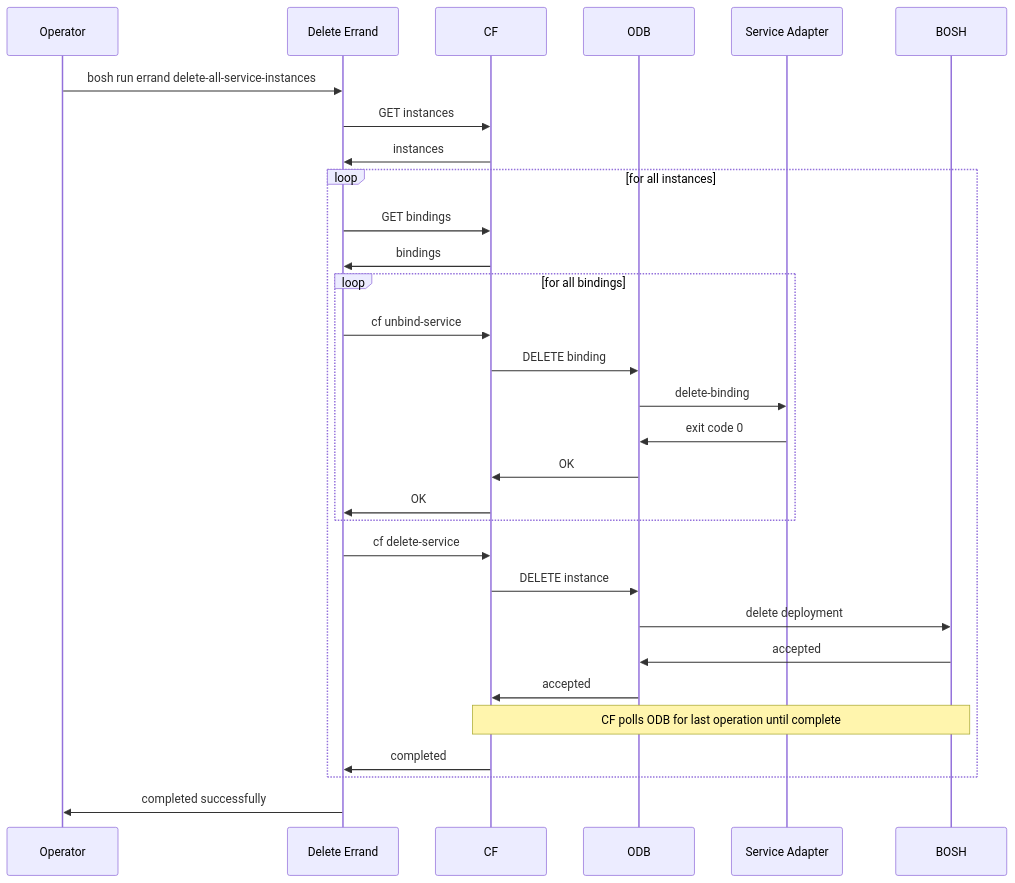
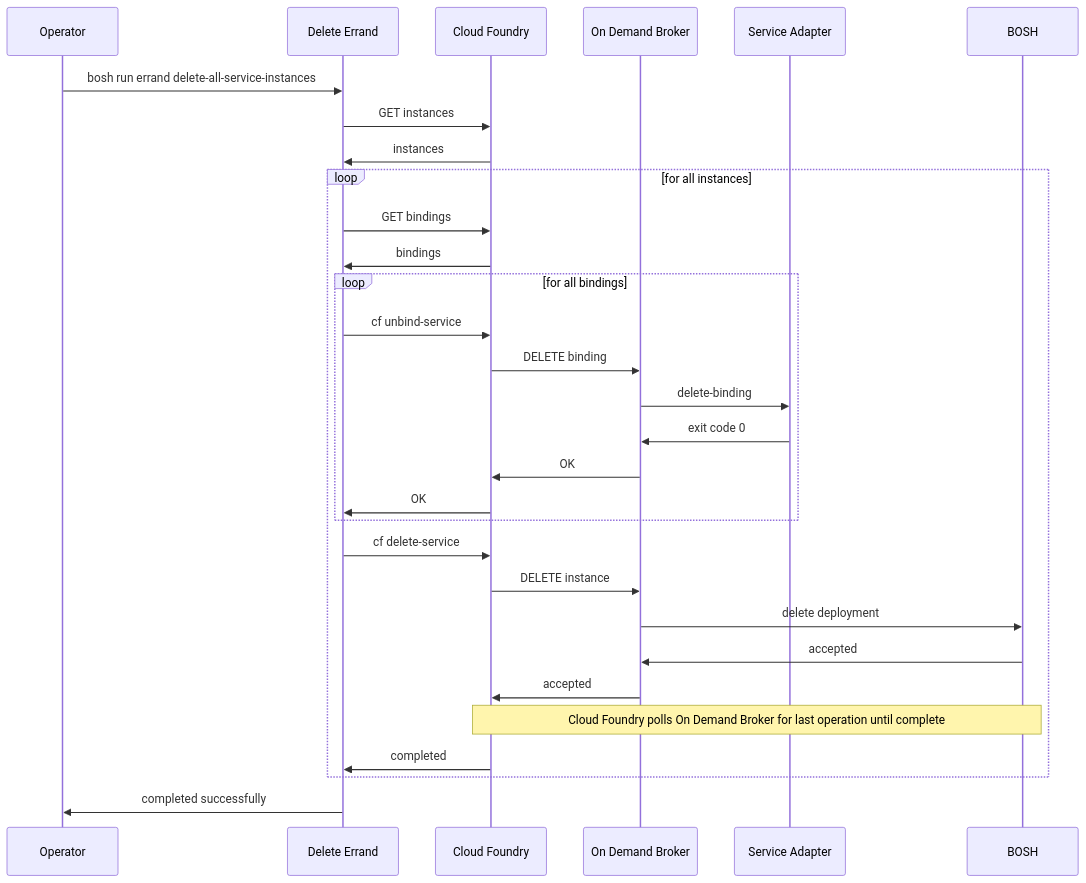
Before and after one commit to pivotal-cf/docs-on-demand-service-broker: the diagram in mmd/delete_all_instances_workflow.mmd, drawn with Mermaid. The commit also changed 10 other files, not shown here.

Commit message:
change  to  in sequence diagrams

```diff
--- a/mmd/delete_all_instances_workflow.mmd
+++ b/mmd/delete_all_instances_workflow.mmd
@@ -1,26 +1,26 @@
 <div class="mermaid">
 sequenceDiagram
   Operator->>Delete Errand:bosh run errand delete-all-service-instances
-  Delete Errand->>CF:GET instances
-  CF->>Delete Errand:instances
+  Delete Errand->>Cloud Foundry:GET instances
+  Cloud Foundry->>Delete Errand:instances
   loop for all instances
-    Delete Errand->>CF:GET bindings
-    CF->>Delete Errand:bindings
+    Delete Errand->>Cloud Foundry:GET bindings
+    Cloud Foundry->>Delete Errand:bindings
     loop for all bindings
-    Delete Errand->>CF:cf unbind-service
-      CF->>ODB: DELETE binding
-      ODB->>Service Adapter:delete-binding
-      Service Adapter->>ODB:exit code 0
-      ODB->>CF:OK
-      CF->>Delete Errand:OK
+    Delete Errand->>Cloud Foundry:cf unbind-service
+      Cloud Foundry->>On Demand Broker: DELETE binding
+      On Demand Broker->>Service Adapter:delete-binding
+      Service Adapter->>On Demand Broker:exit code 0
+      On Demand Broker->>Cloud Foundry:OK
+      Cloud Foundry->>Delete Errand:OK
     end
-    Delete Errand->>CF:cf delete-service
-    CF->>ODB:DELETE instance
-    ODB->>BOSH:delete deployment
-    BOSH->>ODB:accepted
-    ODB->>CF:accepted
-    Note over CF,BOSH:CF polls ODB for last operation until complete
-    CF->>Delete Errand:completed
+    Delete Errand->>Cloud Foundry:cf delete-service
+    Cloud Foundry->>On Demand Broker:DELETE instance
+    On Demand Broker->>BOSH:delete deployment
+    BOSH->>On Demand Broker:accepted
+    On Demand Broker->>Cloud Foundry:accepted
+    Note over Cloud Foundry,BOSH:Cloud Foundry polls On Demand Broker for last operation until complete
+    Cloud Foundry->>Delete Errand:completed
   end
   Delete Errand->>Operator:completed successfully
 </div>
```
